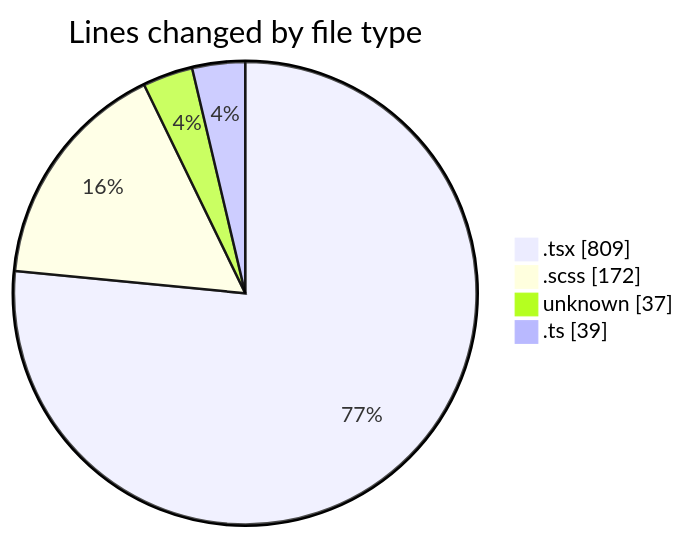
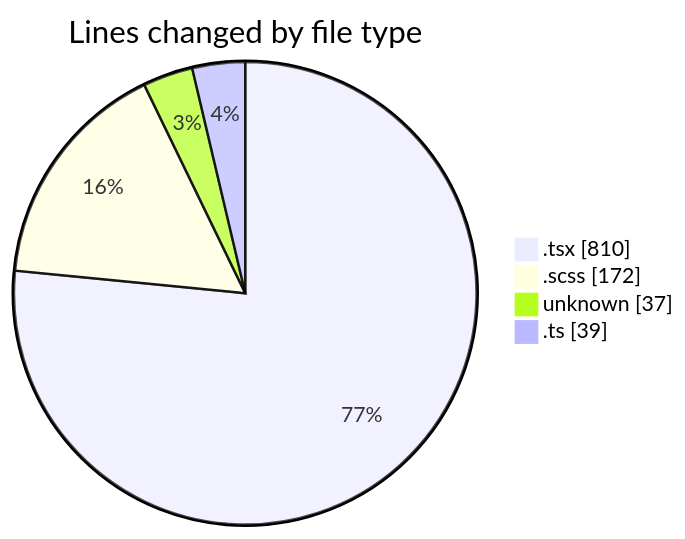
One commit to momahboobian/code-tracking changed the first of 2 diagrams in 2025-09-16/cda/README.md. Above: the diagram before and after it, drawn with Mermaid. The commit also changed other lines of this file and 1 other file, not shown here.

````diff
--- a/2025-09-16/cda/README.md
+++ b/2025-09-16/cda/README.md
@@ -25,8 +26,8 @@
 ```mermaid
 pie showData
 title Lines changed by file type
-".tsx" : 809
+".tsx" : 810
 ".scss" : 172
 "unknown" : 37
 ".ts" : 39
 ```
````
